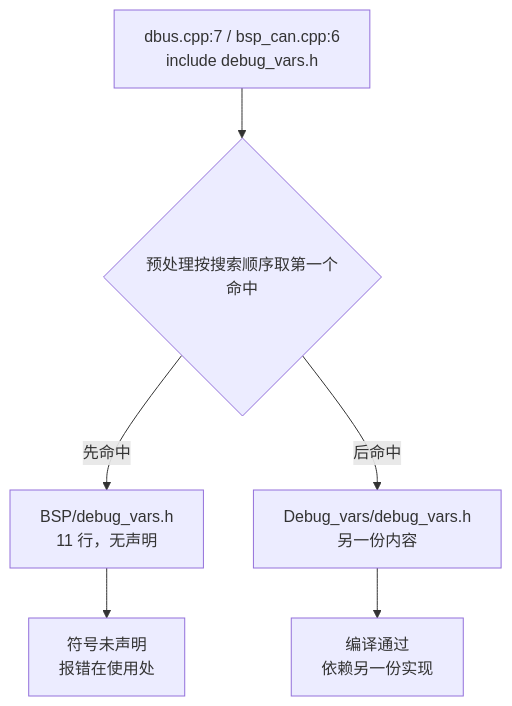
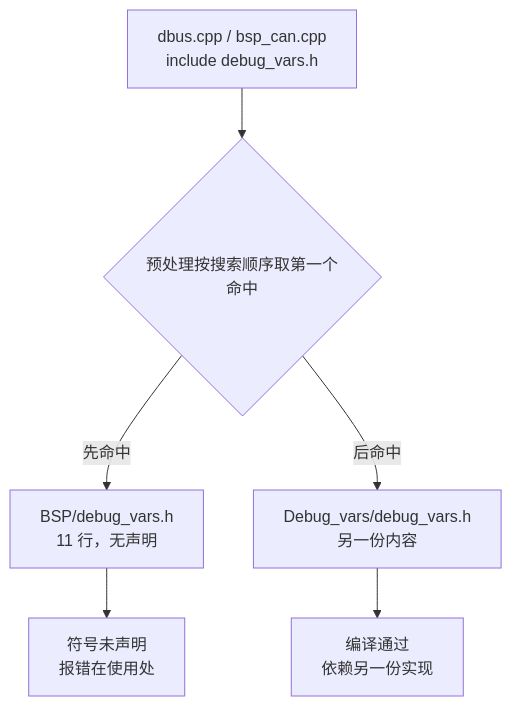
Before and after one commit to TC635807/TC63PersonalWebsite: the first of 3 diagrams in docs/09-嵌入式软件架构/01-分层架构/03-易错点与调试.md, drawn with Mermaid. The commit also changed other lines of this file and 563 other files, not shown here.

````diff
--- a/docs/09-嵌入式软件架构/01-分层架构/03-易错点与调试.md
+++ b/docs/09-嵌入式软件架构/01-分层架构/03-易错点与调试.md
@@ -56,8 +68,8 @@
 ```mermaid
 flowchart TD
-  SRC["dbus.cpp:7 / bsp_can.cpp:6<br/>include debug_vars.h"] --> Q{"预处理按搜索顺序取第一个命中"}
+  SRC["dbus.cpp / bsp_can.cpp<br/>include debug_vars.h"] --> Q{"预处理按搜索顺序取第一个命中"}
   Q -->|先命中| A["BSP/debug_vars.h<br/>11 行，无声明"]
   Q -->|后命中| B["Debug_vars/debug_vars.h<br/>另一份内容"]
   A --> C["符号未声明<br/>报错在使用处"]
   B --> D["编译通过<br/>依赖另一份实现"]
 ```
````
